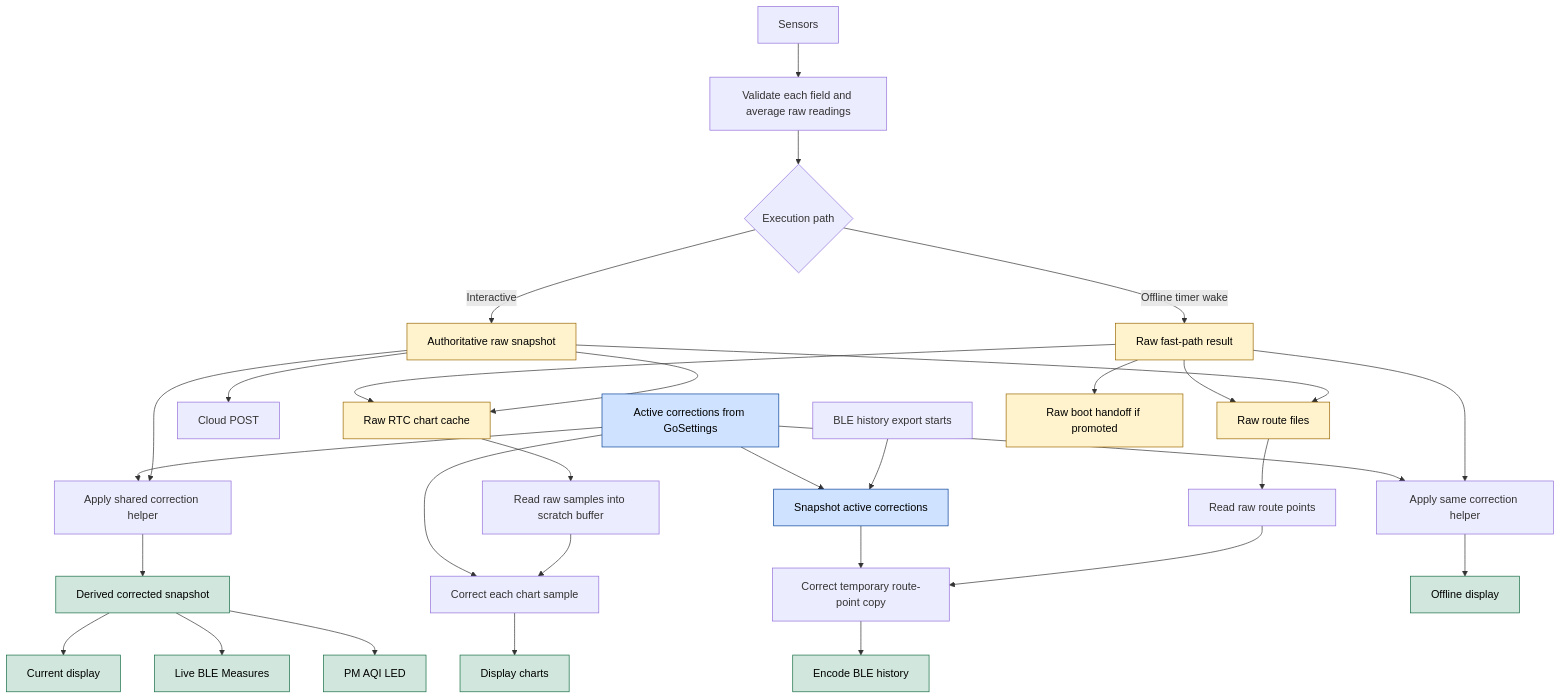
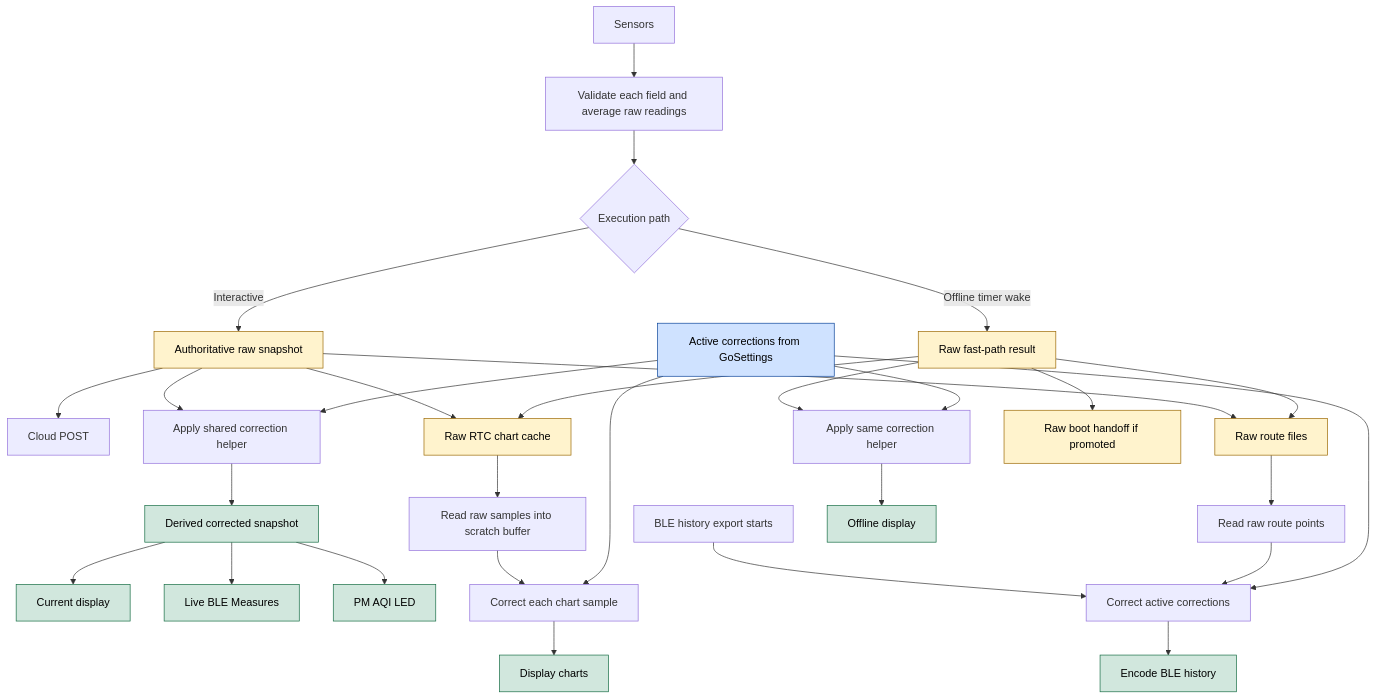
One commit to mattMRBH/firmware-core changed the second of 2 diagrams in products/go/specs/measure_correction.md. Above: the diagram before and after it, drawn with Mermaid. The commit also changed other lines of this file and 7 other files, not shown here.

Commit message:
feat(go): add BLE correction config

````diff
--- a/products/go/specs/measure_correction.md
+++ b/products/go/specs/measure_correction.md
@@ -449,44 +449,43 @@
 ```mermaid
 flowchart TD
     Settings[Active corrections from GoSettings]
     Sensors[Sensors] --> Average[Validate each field and average raw readings]
     Average --> Mode{Execution path}
 
     Mode -->|Interactive| Raw[Authoritative raw snapshot]
     Raw --> CloudPost[Cloud POST]
     Raw --> Cache[Raw RTC chart cache]
     Raw --> Route[Raw route files]
     Raw --> LiveApply[Apply shared correction helper]
     Settings --> LiveApply
     LiveApply --> Corrected[Derived corrected snapshot]
     Corrected --> CurrentDisplay[Current display]
     Corrected --> LiveBle[Live BLE Measures]
     Corrected --> AqiLed[PM AQI LED]
 
     Cache --> ChartRead[Read raw samples into scratch buffer]
     ChartRead --> ChartApply[Correct each chart sample]
     Settings --> ChartApply
     ChartApply --> Charts[Display charts]
 
     Route --> HistoryRead[Read raw route points]
-    HistoryStart[BLE history export starts] --> HistoryConfig[Snapshot active corrections]
-    Settings --> HistoryConfig
-    HistoryRead --> HistoryApply[Correct temporary route-point copy]
-    HistoryConfig --> HistoryApply
+    HistoryStart[BLE history export starts] --> HistoryApply[Correct active corrections]
+    HistoryRead --> HistoryApply
+    Settings --> HistoryApply
     HistoryApply --> HistoryEncode[Encode BLE history]
 
     Mode -->|Offline timer wake| FastRaw[Raw fast-path result]
     FastRaw --> Cache
     FastRaw --> Route
     FastRaw --> FastApply[Apply same correction helper]
     Settings --> FastApply
     FastApply --> OfflineDisplay[Offline display]
     FastRaw --> Handoff[Raw boot handoff if promoted]
 
     classDef raw fill:#fff3cd,stroke:#9a6700,color:#000;
     classDef corrected fill:#d1e7dd,stroke:#146c43,color:#000;
     classDef config fill:#cfe2ff,stroke:#084298,color:#000;
     class Raw,Cache,Route,FastRaw,Handoff raw;
     class Corrected,CurrentDisplay,LiveBle,AqiLed,Charts,HistoryEncode,OfflineDisplay corrected;
-    class Settings,HistoryConfig config;
+    class Settings config;
 ```
````
